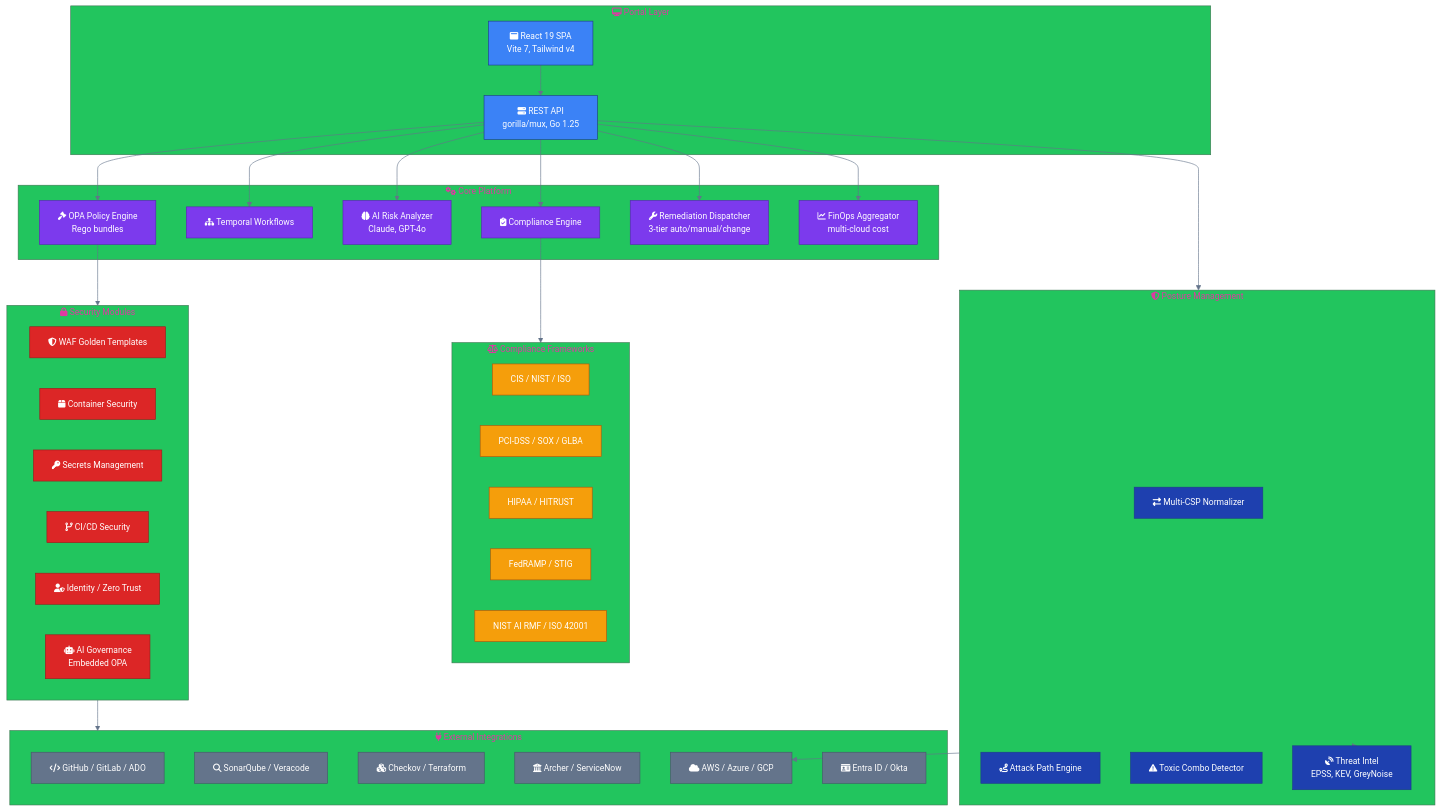
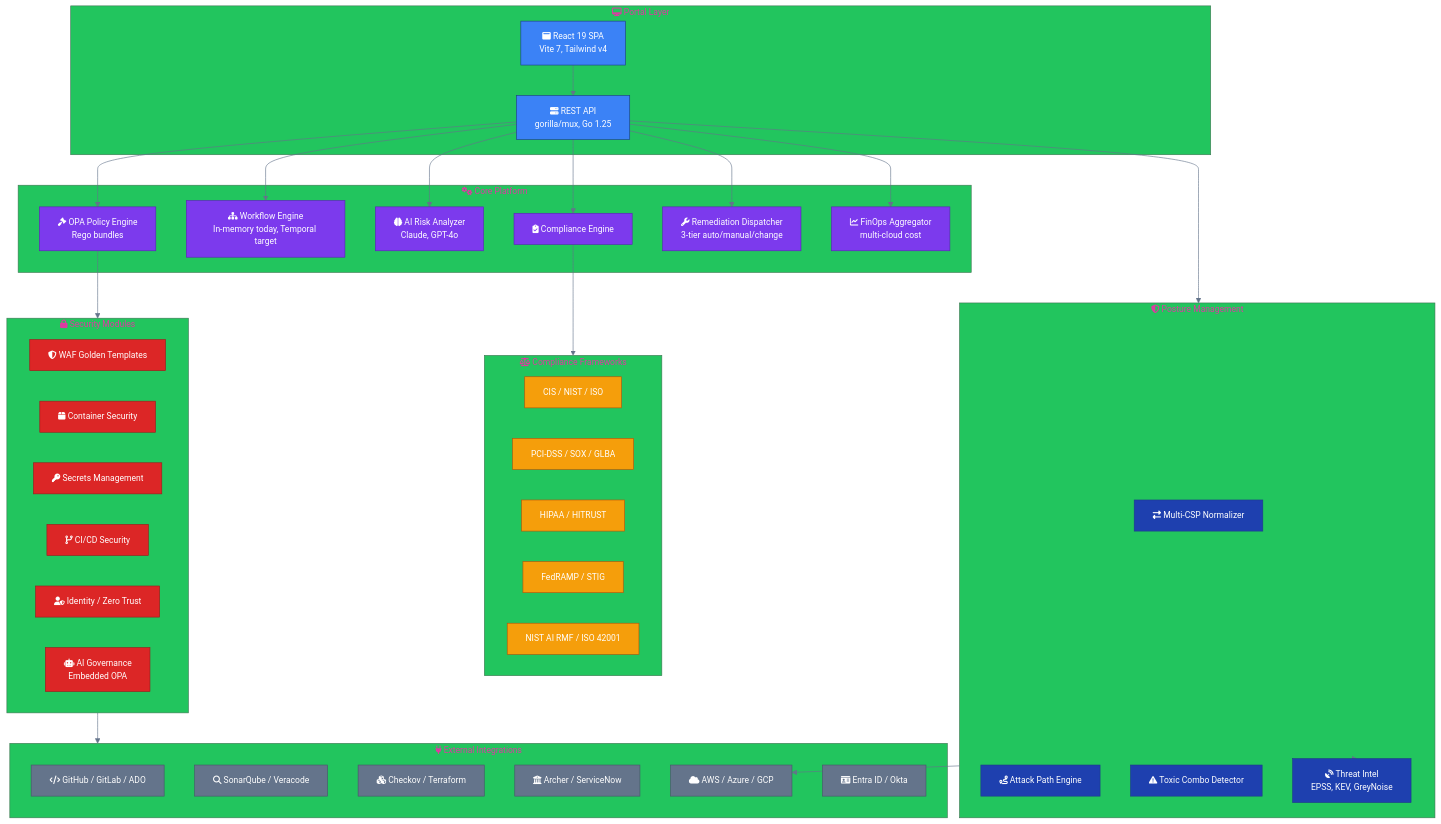
The first of 6 diagrams in docs/core/architecture/HLD.md (lvonguyen/cloudforge), drawn with Mermaid before and after one commit. The commit also changed other lines of this file and 54 other files, not shown here.

First line of the commit message:
docs: Figma-native CF.1-CF.8 diagram exports + stale render cleanup

````diff
--- a/docs/core/architecture/HLD.md
+++ b/docs/core/architecture/HLD.md
@@ -54,80 +63,80 @@
 ```mermaid
 %%{init: {'theme': 'base', 'themeVariables': {'fontFamily': 'Inter, system-ui, sans-serif', 'fontSize': '14px', 'primaryColor': '#1e40af', 'primaryTextColor': '#fff', 'primaryBorderColor': '#1e3a8a', 'lineColor': '#64748b', 'secondaryColor': '#f59e0b', 'tertiaryColor': '#22c55e'}}}%%
 
 flowchart TB
     subgraph Portal["fa:fa-desktop Portal Layer"]
         UI["fa:fa-window-maximize React 19 SPA\nVite 7, Tailwind v4"]
         API["fa:fa-server REST API\ngorilla/mux, Go 1.25"]
     end
 
     subgraph Core["fa:fa-cogs Core Platform"]
         PolicyEngine["fa:fa-gavel OPA Policy Engine\nRego bundles"]
-        Orchestration["fa:fa-sitemap Temporal Workflows"]
+        Orchestration["fa:fa-sitemap Workflow Engine\nIn-memory today, Temporal target"]
         AIAnalyzer["fa:fa-brain AI Risk Analyzer\nClaude, GPT-4o"]
         ComplianceEngine["fa:fa-clipboard-check Compliance Engine"]
         RemediationEngine["fa:fa-wrench Remediation Dispatcher\n3-tier auto/manual/change"]
         FinOpsEngine["fa:fa-chart-line FinOps Aggregator\nmulti-cloud cost"]
     end
 
     subgraph CSPM["fa:fa-shield-alt Posture Management"]
         Normalizer["fa:fa-exchange-alt Multi-CSP Normalizer"]
         AttackPath["fa:fa-route Attack Path Engine"]
         ToxicCombo["fa:fa-exclamation-triangle Toxic Combo Detector"]
         ThreatIntel["fa:fa-satellite-dish Threat Intel\nEPSS, KEV, GreyNoise"]
     end
 
     subgraph Security["fa:fa-lock Security Modules"]
         WAF["fa:fa-shield-alt WAF Golden Templates"]
         ContainerSec["fa:fa-box Container Security"]
         SecretsMgmt["fa:fa-key Secrets Management"]
         CICD["fa:fa-code-branch CI/CD Security"]
         Identity["fa:fa-user-shield Identity / Zero Trust"]
         AIGov["fa:fa-robot AI Governance\nEmbedded OPA"]
     end
 
     subgraph Integrations["fa:fa-plug External Integrations"]
         VCS["fa:fa-code GitHub / GitLab / ADO"]
         SAST["fa:fa-search SonarQube / Veracode"]
         IaC["fa:fa-cubes Checkov / Terraform"]
         GRC["fa:fa-university Archer / ServiceNow"]
         Cloud["fa:fa-cloud AWS / Azure / GCP"]
         IdP["fa:fa-id-card Entra ID / Okta"]
     end
 
     subgraph Compliance["fa:fa-balance-scale Compliance Frameworks"]
         General["CIS / NIST / ISO"]
         Finance["PCI-DSS / SOX / GLBA"]
         Health["HIPAA / HITRUST"]
         Gov["FedRAMP / STIG"]
         AIFramework["NIST AI RMF / ISO 42001"]
     end
 
     UI --> API
     API --> PolicyEngine
     API --> Orchestration
     API --> AIAnalyzer
     API --> ComplianceEngine
     API --> RemediationEngine
     API --> FinOpsEngine
     API --> CSPM
 
     PolicyEngine --> Security
     ComplianceEngine --> Compliance
     Security --> Integrations
     CSPM --> Cloud
     CSPM --> ThreatIntel
 
     classDef portal fill:#3b82f6,stroke:#1e3a8a,color:#fff
     classDef core fill:#7c3aed,stroke:#5b21b6,color:#fff
     classDef cspm fill:#1e40af,stroke:#1e3a8a,color:#fff
     classDef security fill:#dc2626,stroke:#991b1b,color:#fff
     classDef integrations fill:#64748b,stroke:#475569,color:#fff
     classDef compliance fill:#f59e0b,stroke:#b45309,color:#fff
 
     class UI,API portal
     class PolicyEngine,Orchestration,AIAnalyzer,ComplianceEngine,RemediationEngine,FinOpsEngine core
     class Normalizer,AttackPath,ToxicCombo,ThreatIntel cspm
     class WAF,ContainerSec,SecretsMgmt,CICD,Identity,AIGov security
     class VCS,SAST,IaC,GRC,Cloud,IdP integrations
     class General,Finance,Health,Gov,AIFramework compliance
 ```
````
